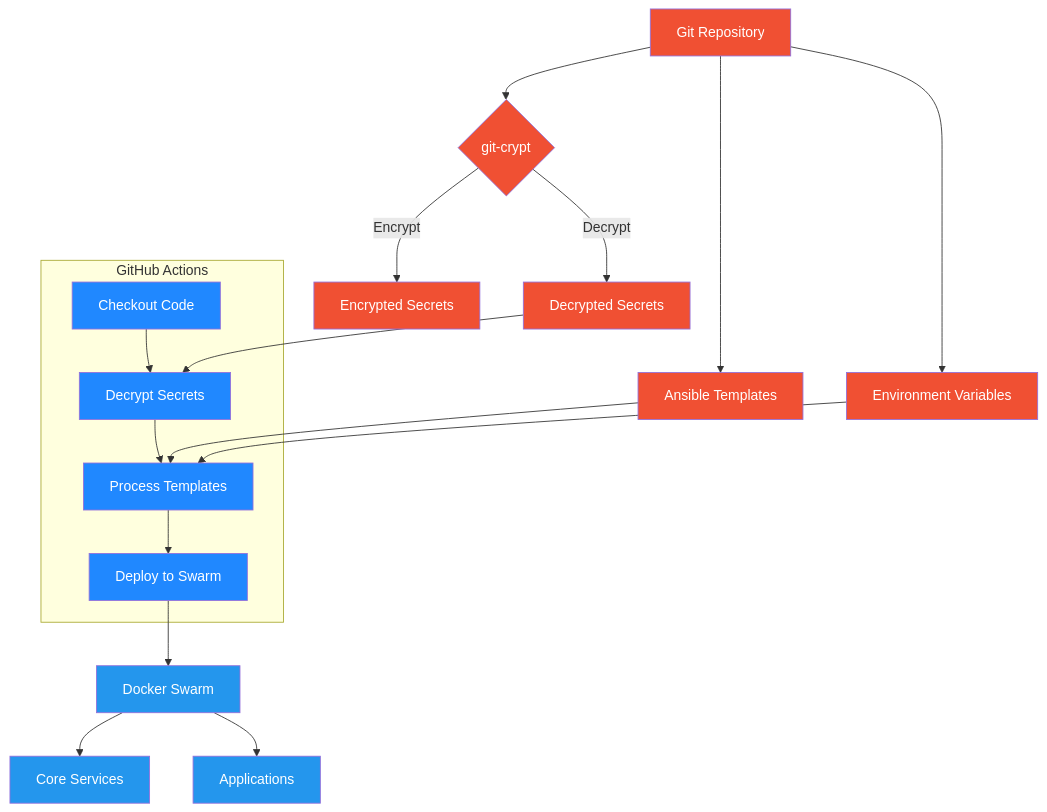
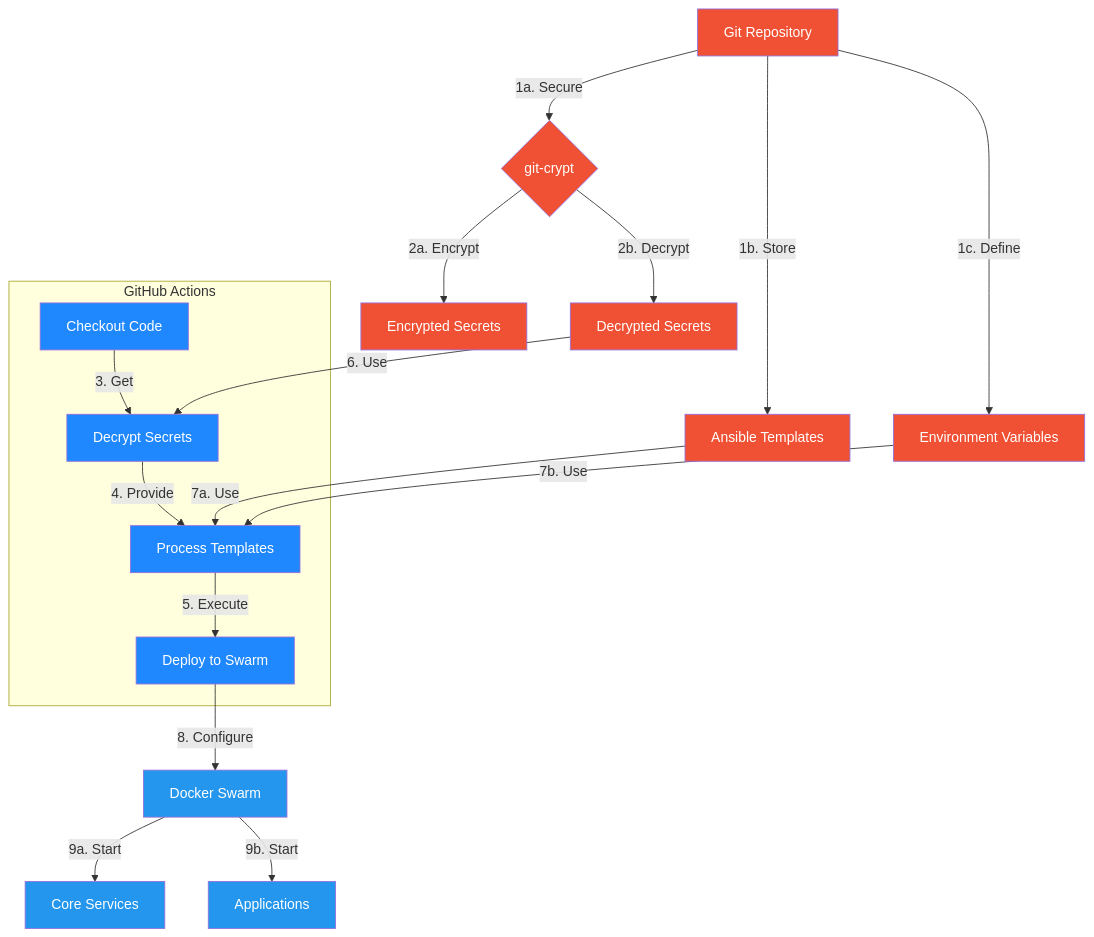
The third of 7 diagrams in documentation/infrastructure-diagrams.md (deepbrainspace/deepbrain-stack), drawn with Mermaid before and after one commit. The commit also changed other lines of this file, not shown here.

````diff
--- a/documentation/infrastructure-diagrams.md
+++ b/documentation/infrastructure-diagrams.md
@@ -163,37 +163,37 @@
 ```mermaid
 flowchart TD
-    A["Git Repository"] --> B{"git-crypt"}
-    B -->|Encrypt| C["Encrypted Secrets"]
-    B -->|Decrypt| D["Decrypted Secrets"]
+    A["Git Repository"] --> |1a. Secure| B{"git-crypt"}
+    B -->|2a. Encrypt| C["Encrypted Secrets"]
+    B -->|2b. Decrypt| D["Decrypted Secrets"]
     
-    A --> E["Ansible Templates"]
-    A --> F["Environment Variables"]
+    A --> |1b. Store| E["Ansible Templates"]
+    A --> |1c. Define| F["Environment Variables"]
     
     subgraph "GitHub Actions"
         G["Checkout Code"]
         H["Decrypt Secrets"]
         I["Process Templates"]
         J["Deploy to Swarm"]
     end
     
-    G --> H
-    H --> I
-    I --> J
+    G --> |3. Get| H
+    H --> |4. Provide| I
+    I --> |5. Execute| J
     
-    D --> H
-    E --> I
-    F --> I
+    D --> |6. Use| H
+    E --> |7a. Use| I
+    F --> |7b. Use| I
     
-    J --> K["Docker Swarm"]
+    J --> |8. Configure| K["Docker Swarm"]
     
-    K --> L["Core Services"]
-    K --> M["Applications"]
+    K --> |9a. Start| L["Core Services"]
+    K --> |9b. Start| M["Applications"]
     
     classDef git fill:#F05033,color:white;
     classDef actions fill:#2088FF,color:white;
     classDef swarm fill:#2496ED,color:white;
     
     class A,B,C,D,E,F git;
     class G,H,I,J actions;
     class K,L,M swarm;
 ```
````
